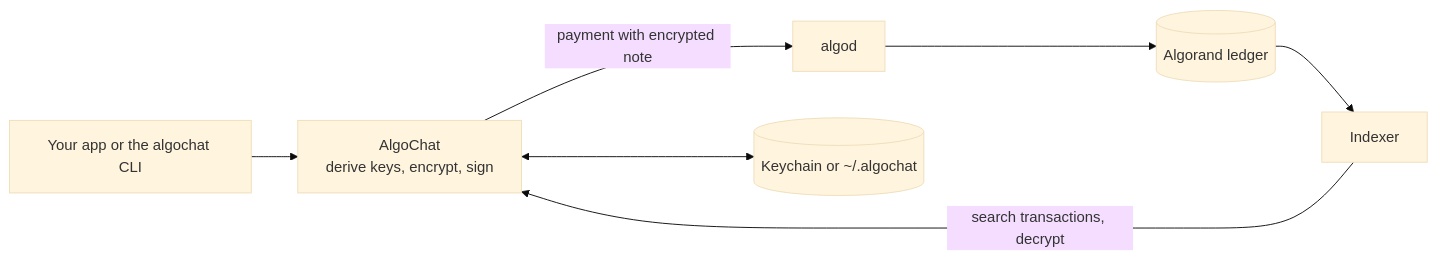
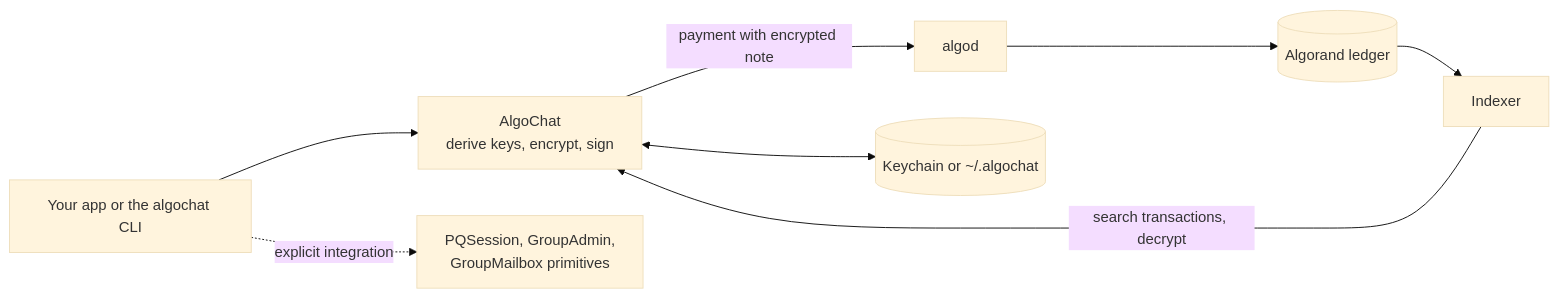
One commit to CorvidLabs/algochat changed the diagram in swift/README.md. Above: the diagram before and after it, drawn with Mermaid (base theme). The commit also changed other lines of this file and 23 other files, not shown here.

````diff
--- a/swift/README.md
+++ b/swift/README.md
@@ -220,9 +222,10 @@
 ```mermaid
 flowchart LR
     app["Your app or the algochat CLI"] --> lib["AlgoChat<br/>derive keys, encrypt, sign"]
     lib -- "payment with encrypted note" --> algod["algod"]
     algod --> ledger[("Algorand ledger")]
     ledger --> indexer["Indexer"]
     indexer -- "search transactions, decrypt" --> lib
     lib <--> keys[("Keychain or ~/.algochat")]
+    app -.->|"explicit integration"| pq["PQSession, GroupAdmin,<br/>GroupMailbox primitives"]
 ```
````
